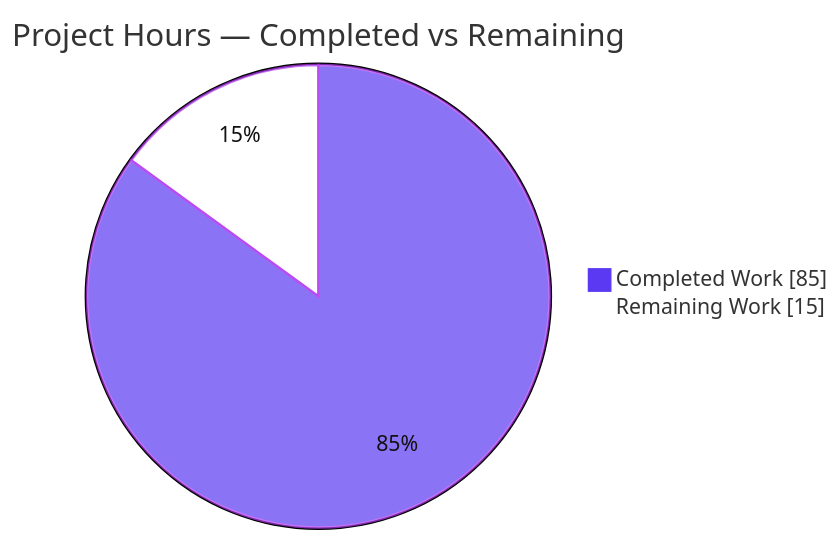
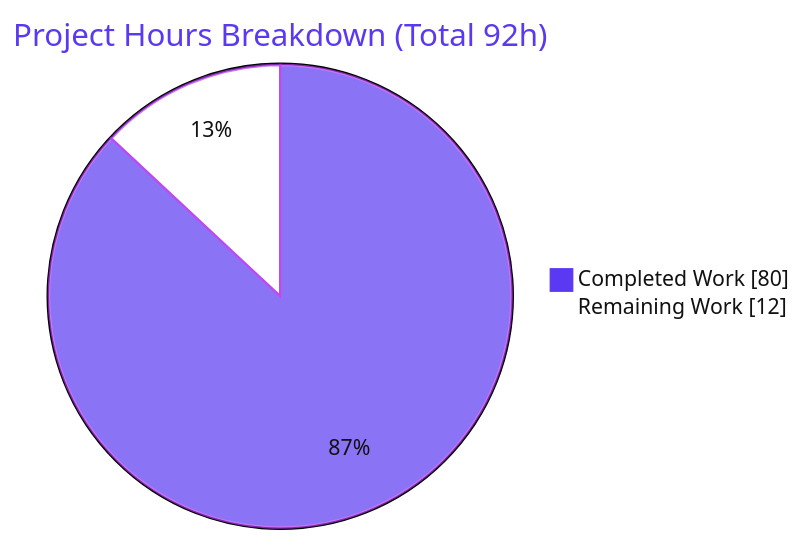
Before and after one commit to blitzy-public-samples/blitzy-WebVella-ERP: the second of 4 diagrams in blitzy/documentation/Project Guide.md, drawn with Mermaid. The commit also changed other lines of this file, not shown here.

Commit message:
Adding Blitzy Project Guide: Project Status and Human Tasks Remaining

````diff
--- a/blitzy/documentation/Project Guide.md
+++ b/blitzy/documentation/Project Guide.md
@@ -216,6 +219,7 @@
 ```mermaid
-%%{init: {'theme':'base', 'themeVariables':{'pie1':'#5B39F3','pie2':'#FFFFFF','pieStrokeColor':'#B23AF2','pieStrokeWidth':'2px','pieOuterStrokeWidth':'2px','pieSectionTextColor':'#111111'}}}%%
-pie showData title Project Hours — Completed vs Remaining
-    "Completed Work" : 85
-    "Remaining Work" : 15
+%%{init: {"theme":"base","themeVariables":{"pie1":"#5B39F3","pie2":"#FFFFFF","pieStrokeColor":"#B23AF2","pieOuterStrokeWidth":"2px","pieSectionTextColor":"#111111","pieTitleTextColor":"#5B39F3","pieLegendTextColor":"#111111"}}}%%
+pie showData
+    title Project Hours Breakdown (Total 92h)
+    "Completed Work" : 80
+    "Remaining Work" : 12
 ```
````
